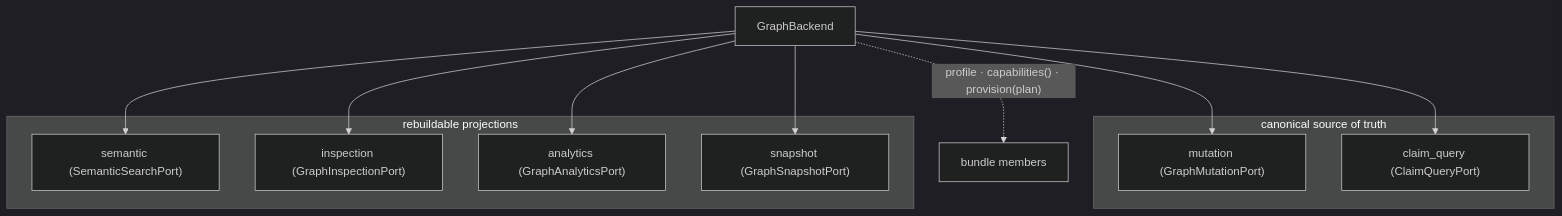
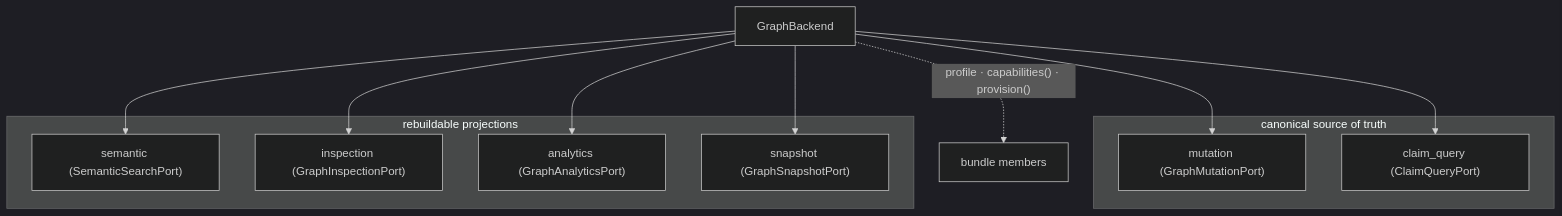
The third of 5 diagrams in docs/context-graph/architecture.md (potpie-ai/potpie), drawn with Mermaid (dark theme) before and after one commit. The commit also changed other lines of this file and 15 other files, not shown here.

````diff
--- a/docs/context-graph/architecture.md
+++ b/docs/context-graph/architecture.md
@@ -174,21 +177,21 @@
 ```mermaid
 flowchart TB
   cg_be["GraphBackend"]
   subgraph cg_canon["canonical source of truth"]
     cg_mut["mutation (GraphMutationPort)"]
     cg_cq["claim_query (ClaimQueryPort)"]
   end
   subgraph cg_proj["rebuildable projections"]
     cg_sem["semantic (SemanticSearchPort)"]
     cg_insp["inspection (GraphInspectionPort)"]
     cg_an["analytics (GraphAnalyticsPort)"]
     cg_snap["snapshot (GraphSnapshotPort)"]
   end
   cg_be --> cg_mut
   cg_be --> cg_cq
   cg_be --> cg_sem
   cg_be --> cg_insp
   cg_be --> cg_an
   cg_be --> cg_snap
-  cg_be -. "profile · capabilities() · provision(plan)" .-> cg_meta["bundle members"]
+  cg_be -. "profile · capabilities() · provision()" .-> cg_meta["bundle members"]
 ```
````
